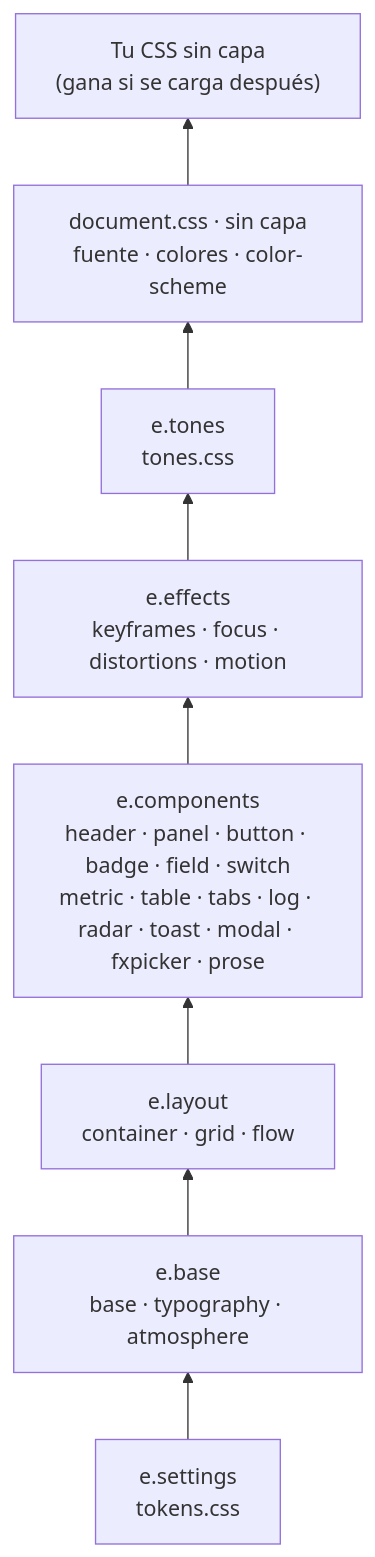
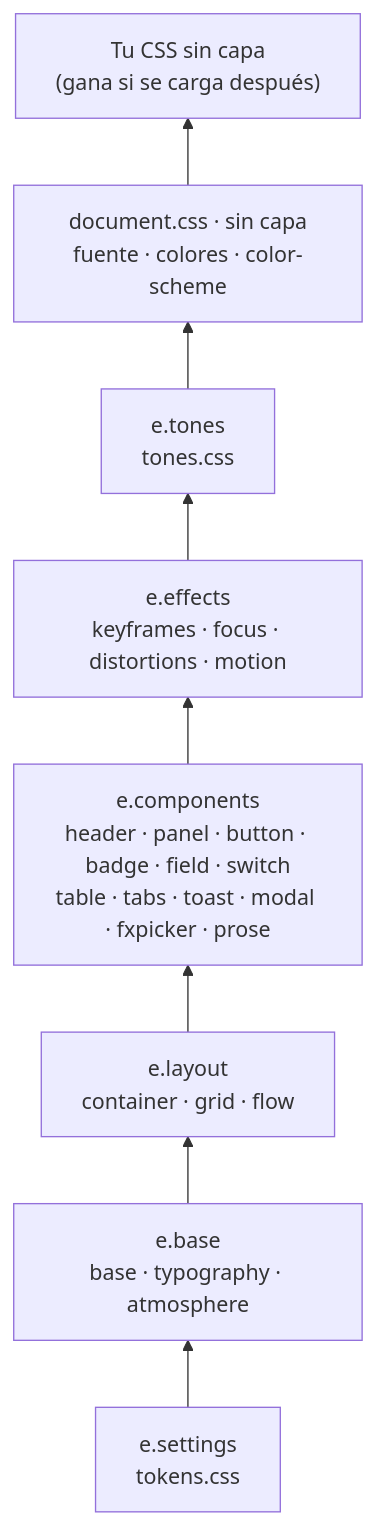
The second of 4 diagrams in framework/docs/MAP.md (damdavidprieto/Echorath), drawn with Mermaid before and after one commit. The commit also changed other lines of this file and 22 other files, not shown here.

First line of the commit message:
Remove the radar, metric and console components (Echorath UI 3.0.0)

````diff
--- a/framework/docs/MAP.md
+++ b/framework/docs/MAP.md
@@ -99,13 +99,13 @@
 ```mermaid
 flowchart BT
     S["e.settings<br/>tokens.css"]
     B["e.base<br/>base · typography · atmosphere"]
     L["e.layout<br/>container · grid · flow"]
-    C["e.components<br/>header · panel · button · badge · field · switch<br/>metric · table · tabs · log · radar · toast · modal · fxpicker · prose"]
+    C["e.components<br/>header · panel · button · badge · field · switch<br/>table · tabs · toast · modal · fxpicker · prose"]
     E["e.effects<br/>keyframes · focus · distortions · motion"]
     T["e.tones<br/>tones.css"]
     D["document.css · sin capa<br/>fuente · colores · color-scheme"]
     P["Tu CSS sin capa<br/>(gana si se carga después)"]
 
     S --> B --> L --> C --> E --> T --> D --> P
 ```
````
